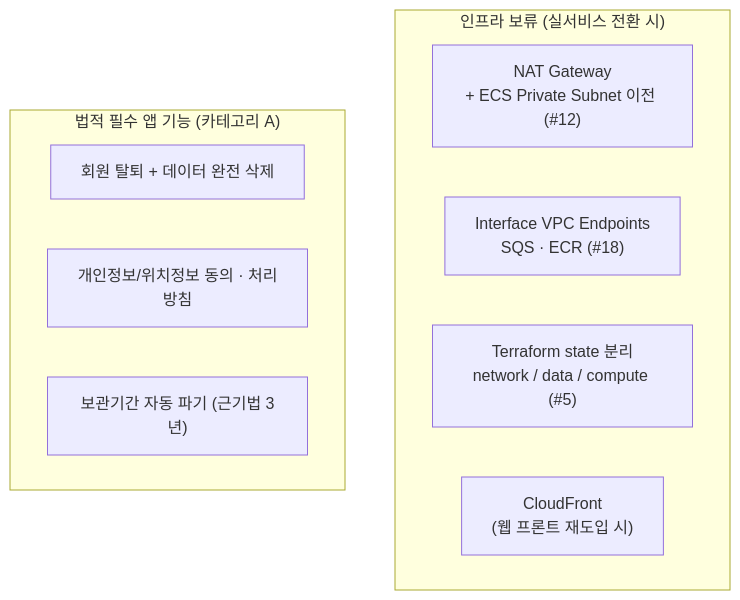
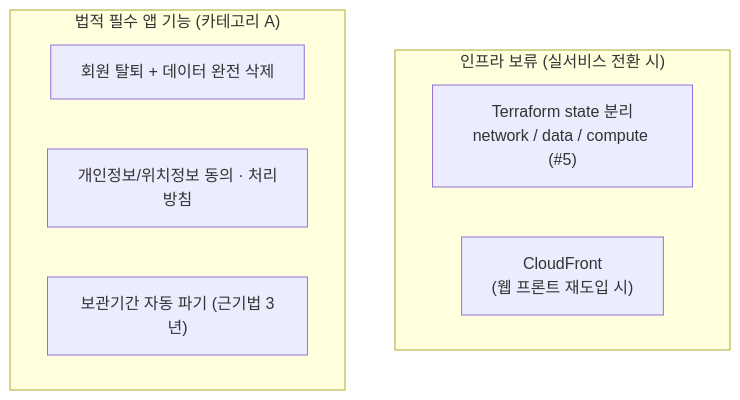
One commit to AWS13th-Final-Project-BADA/BADA changed the second of 2 diagrams in README.md. Above: the diagram before and after it, drawn with Mermaid. The commit also changed other lines of this file and 15 other files, not shown here.

````diff
--- a/README.md
+++ b/README.md
@@ -143,15 +143,13 @@
 ```mermaid
 flowchart TB
     subgraph Deferred["인프라 보류 (실서비스 전환 시)"]
-        NAT["NAT Gateway\n+ ECS Private Subnet 이전 (#12)"]
-        VPCE["Interface VPC Endpoints\nSQS · ECR (#18)"]
         TFSplit["Terraform state 분리\nnetwork / data / compute (#5)"]
         CF["CloudFront\n(웹 프론트 재도입 시)"]
     end
 
     subgraph Legal["법적 필수 앱 기능 (카테고리 A)"]
         Del["회원 탈퇴 + 데이터 완전 삭제"]
         Consent["개인정보/위치정보 동의 · 처리방침"]
         Purge["보관기간 자동 파기 (근기법 3년)"]
     end
 ```
````
